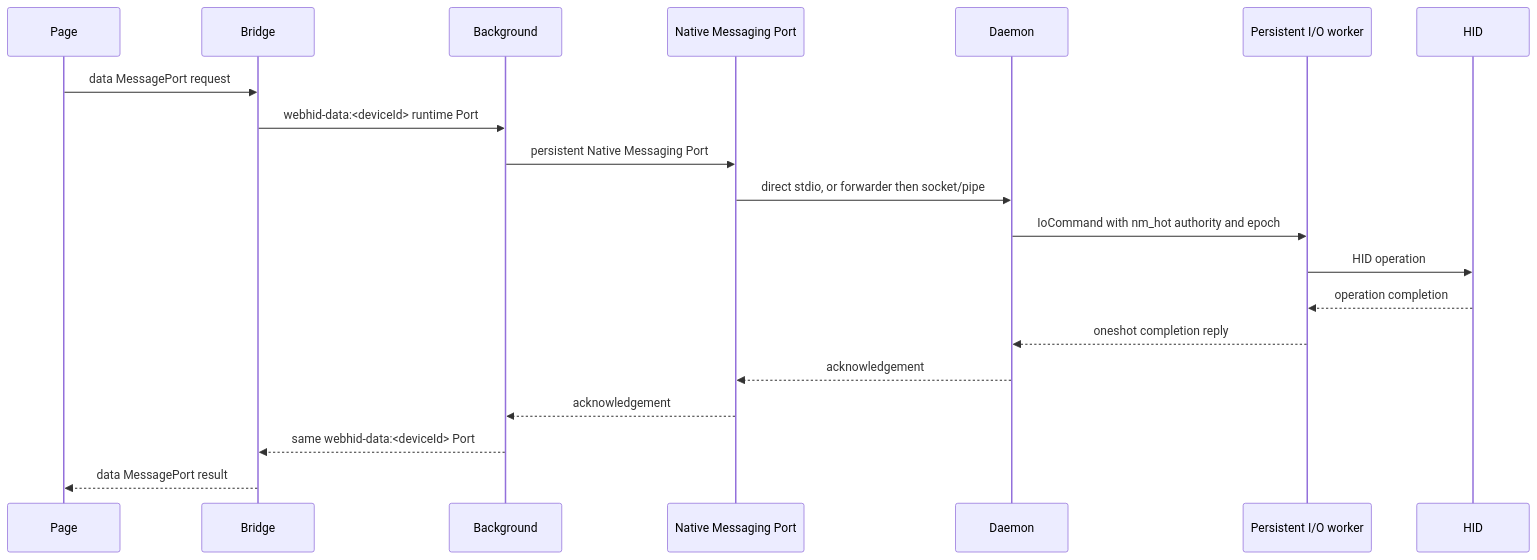
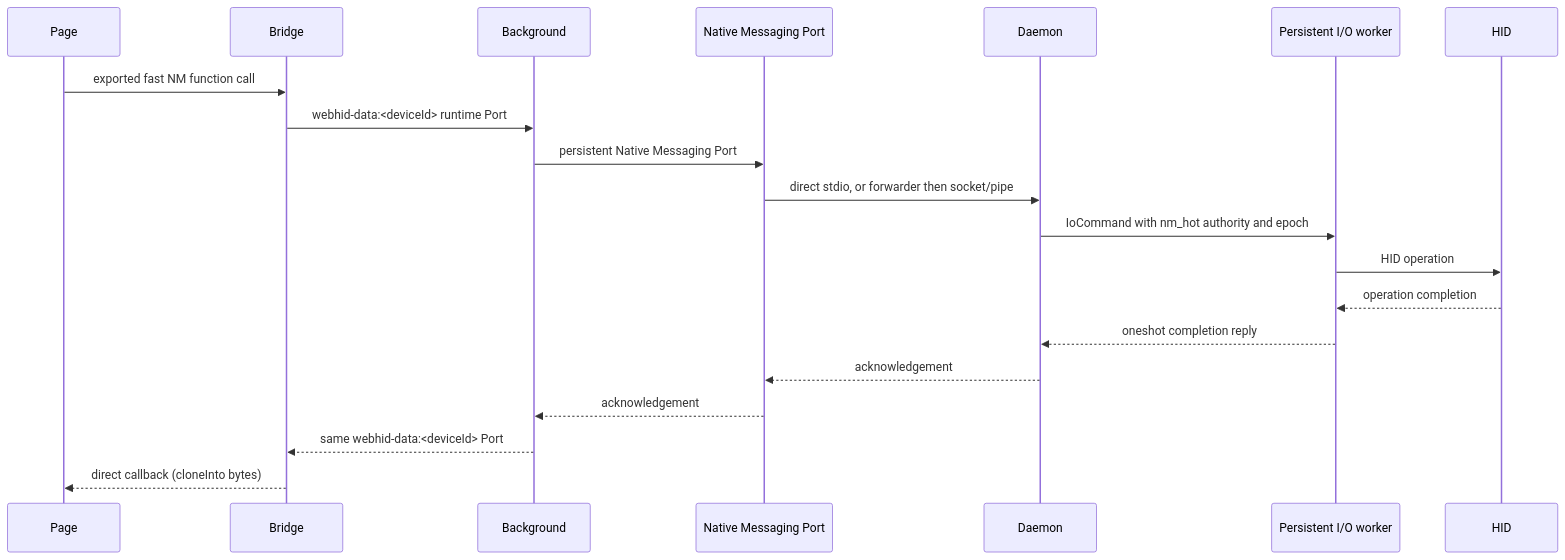
The fifth of 8 diagrams in docs/ARCHITECTURE.md (OpenPolyfill/WebHID), drawn with Mermaid before and after one commit. The commit also changed other lines of this file and 5 other files, not shown here.

````diff
--- a/docs/ARCHITECTURE.md
+++ b/docs/ARCHITECTURE.md
@@ -346,23 +352,23 @@
 ```mermaid
 sequenceDiagram
     participant P as Page
     participant B as Bridge
     participant G as Background
     participant N as Native Messaging Port
     participant D as Daemon
     participant I as Persistent I/O worker
     participant H as HID
 
-    P->>B: data MessagePort request
+    P->>B: exported fast NM function call
     B->>G: webhid-data:<deviceId> runtime Port
     G->>N: persistent Native Messaging Port
     N->>D: direct stdio, or forwarder then socket/pipe
     D->>I: IoCommand with nm_hot authority and epoch
     I->>H: HID operation
     H-->>I: operation completion
     I-->>D: oneshot completion reply
     D-->>N: acknowledgement
     N-->>G: acknowledgement
     G-->>B: same webhid-data:<deviceId> Port
-    B-->>P: data MessagePort result
+    B-->>P: direct callback (cloneInto bytes)
 ```
````
